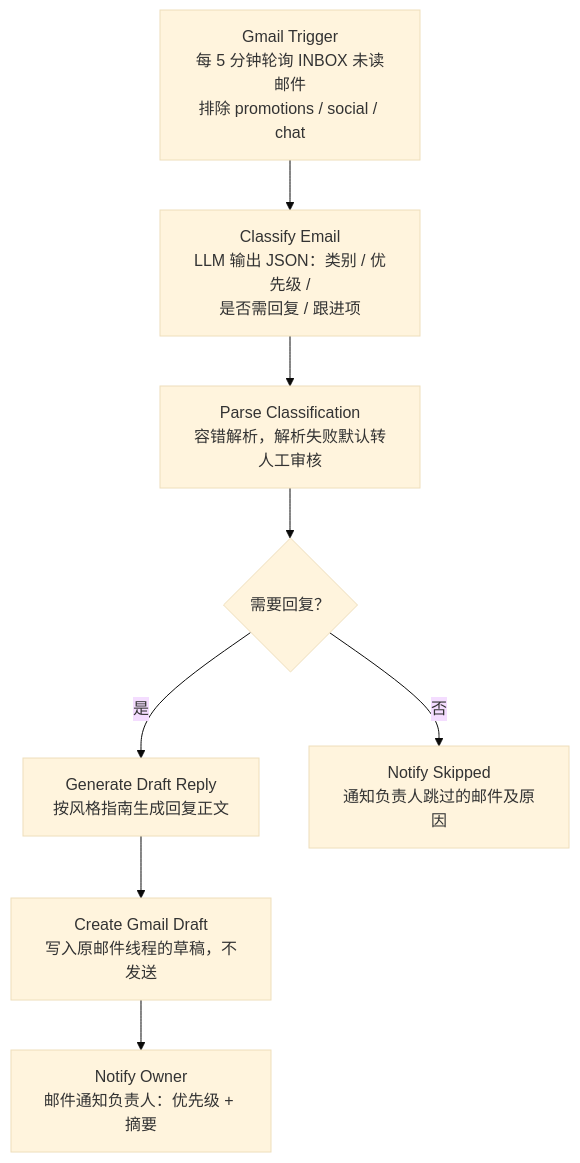
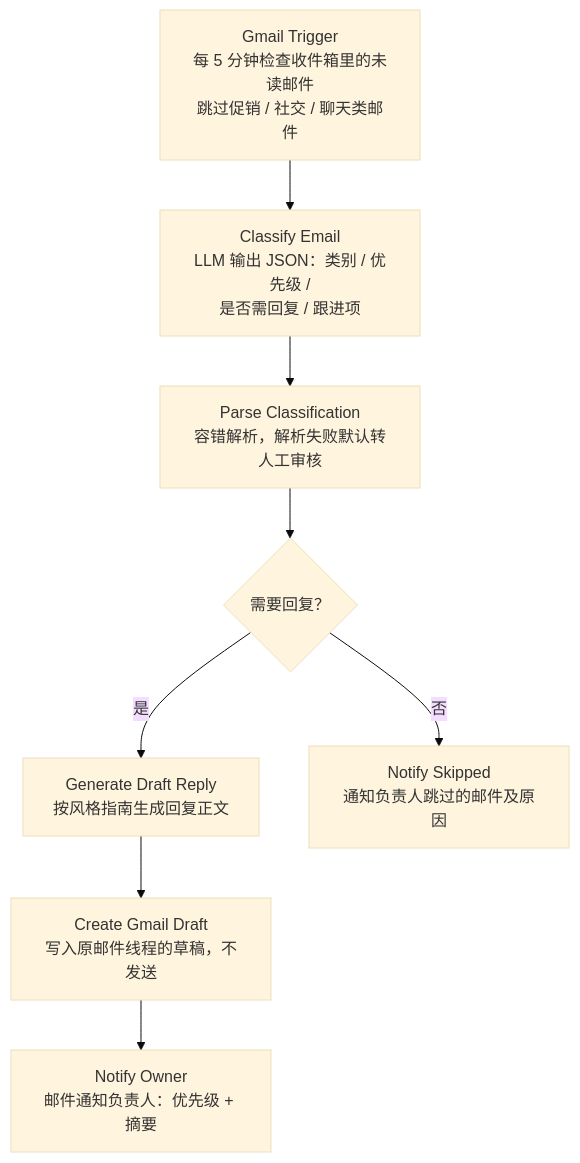
Before and after one commit to sjdgbhb/gmail-ai-assistant: the diagram in README.md, drawn with Mermaid (base theme).

Commit message:
docs: clarify Gmail trigger wording in workflow diagram

````diff
--- a/README.md
+++ b/README.md
@@ -51,10 +51,10 @@
 ```mermaid
 flowchart TD
-    A["Gmail Trigger<br/>每 5 分钟轮询 INBOX 未读邮件<br/>排除 promotions / social / chat"] --> B["Classify Email<br/>LLM 输出 JSON：类别 / 优先级 /<br/>是否需回复 / 跟进项"]
+    A["Gmail Trigger<br/>每 5 分钟检查收件箱里的未读邮件<br/>跳过促销 / 社交 / 聊天类邮件"] --> B["Classify Email<br/>LLM 输出 JSON：类别 / 优先级 /<br/>是否需回复 / 跟进项"]
     B --> C["Parse Classification<br/>容错解析，解析失败默认转人工审核"]
     C --> D{"需要回复？"}
     D -- "是" --> E["Generate Draft Reply<br/>按风格指南生成回复正文"]
     E --> F["Create Gmail Draft<br/>写入原邮件线程的草稿，不发送"]
     F --> G["Notify Owner<br/>邮件通知负责人：优先级 + 摘要"]
     D -- "否" --> H["Notify Skipped<br/>通知负责人跳过的邮件及原因"]
 ```
````
